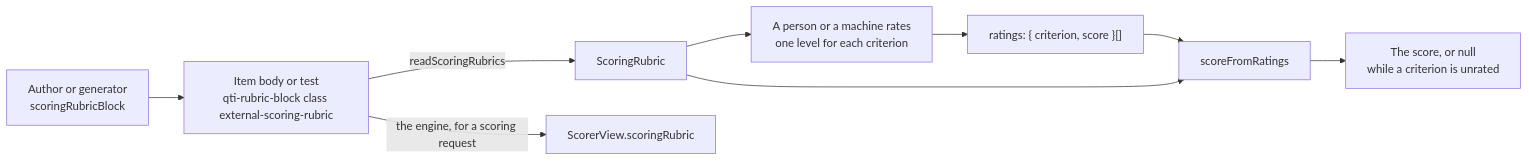
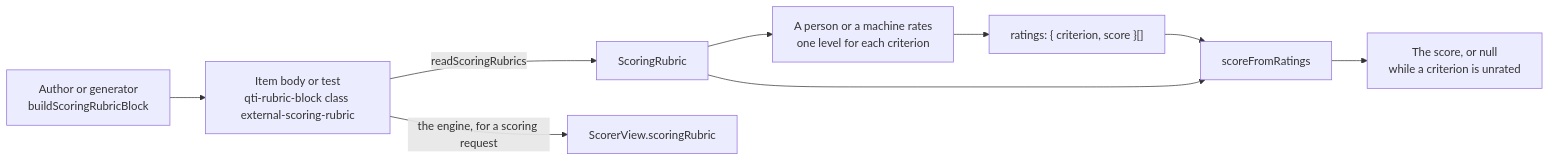
The second of 3 diagrams in docs/runtime/conventions.md (assesskit/assesskit), drawn with Mermaid before and after one commit. The commit also changed other lines of this file and 7 other files, not shown here.

Commit message:
Name the builders of the covers and scoring rubric blocks with a verb: buildScoreCoversBlock and buildScoringRubricBlock

````diff
--- a/docs/runtime/conventions.md
+++ b/docs/runtime/conventions.md
@@ -117,11 +117,11 @@
 ```mermaid
 flowchart LR
-  author["Author or generator<br/>scoringRubricBlock"] --> block["Item body or test<br/>qti-rubric-block class external-scoring-rubric"]
+  author["Author or generator<br/>buildScoringRubricBlock"] --> block["Item body or test<br/>qti-rubric-block class external-scoring-rubric"]
   block -->|"readScoringRubrics"| rubric["ScoringRubric"]
   rubric --> rater["A person or a machine rates<br/>one level for each criterion"]
   rater --> ratings["ratings: { criterion, score }[]"]
   ratings --> score["scoreFromRatings"]
   rubric --> score
   score --> result["The score, or null<br/>while a criterion is unrated"]
   block -->|"the engine, for a scoring request"| view["ScorerView.scoringRubric"]
 ```
````
